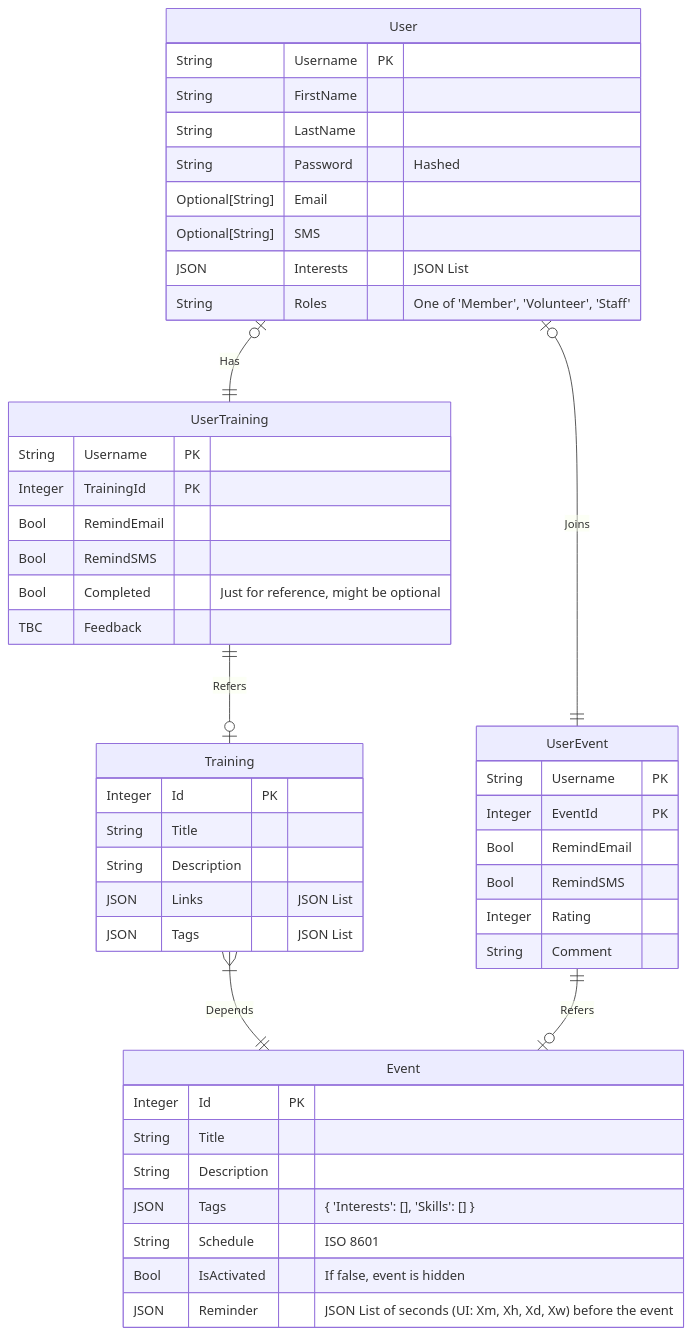
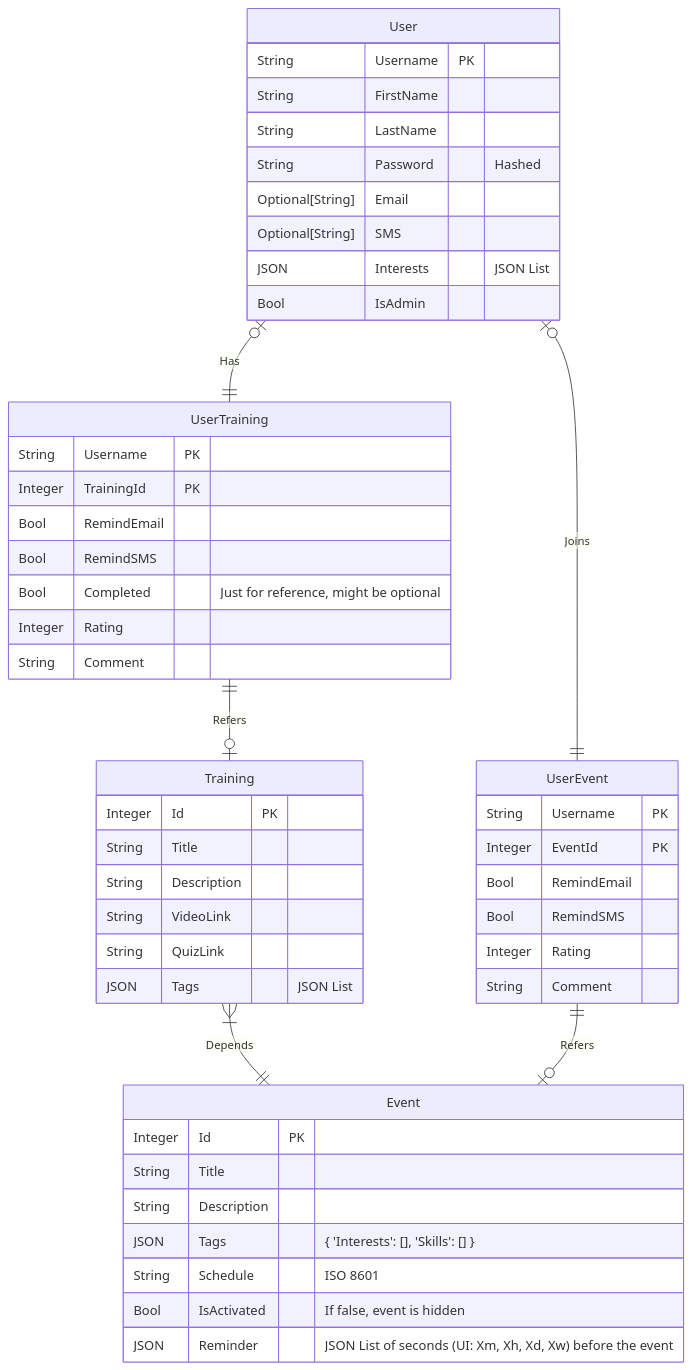
Before and after one commit to Code-To-Give-Team14/code-to-give: the diagram in server/README.md, drawn with Mermaid.

````diff
--- a/server/README.md
+++ b/server/README.md
@@ -7,55 +7,57 @@
 ```mermaid
 erDiagram
     User {
         String Username PK
         String FirstName
         String LastName
         String Password "Hashed"
         Optional[String] Email
         Optional[String] SMS
         JSON Interests "JSON List"
-        String Roles "One of 'Member', 'Volunteer', 'Staff'"
+        Bool IsAdmin
     }
 
     UserTraining {
         String Username PK
         Integer TrainingId PK
         Bool RemindEmail
         Bool RemindSMS
         Bool Completed "Just for reference, might be optional"
-        TBC Feedback
+        Integer Rating
+        String Comment
     }
 
     Training {
         Integer Id PK
         String Title
         String Description
-        JSON Links "JSON List"
+        String VideoLink
+        String QuizLink
         JSON Tags "JSON List"
     }
 
     UserEvent {
         String Username PK
         Integer EventId PK
         Bool RemindEmail
         Bool RemindSMS
         Integer Rating
         String Comment
     }
 
     Event {
         Integer Id PK
         String Title
         String Description
         JSON Tags "{ 'Interests': [], 'Skills': [] }"
         String Schedule "ISO 8601"
         Bool IsActivated "If false, event is hidden"
         JSON Reminder "JSON List of seconds (UI: Xm, Xh, Xd, Xw) before the event"
     }
 
     User |o--|| UserTraining: Has
     UserTraining ||--o| Training: Refers
     Training }|--|| Event: Depends
     User |o--|| UserEvent: Joins
     UserEvent ||--o| Event: Refers
 ```
````
